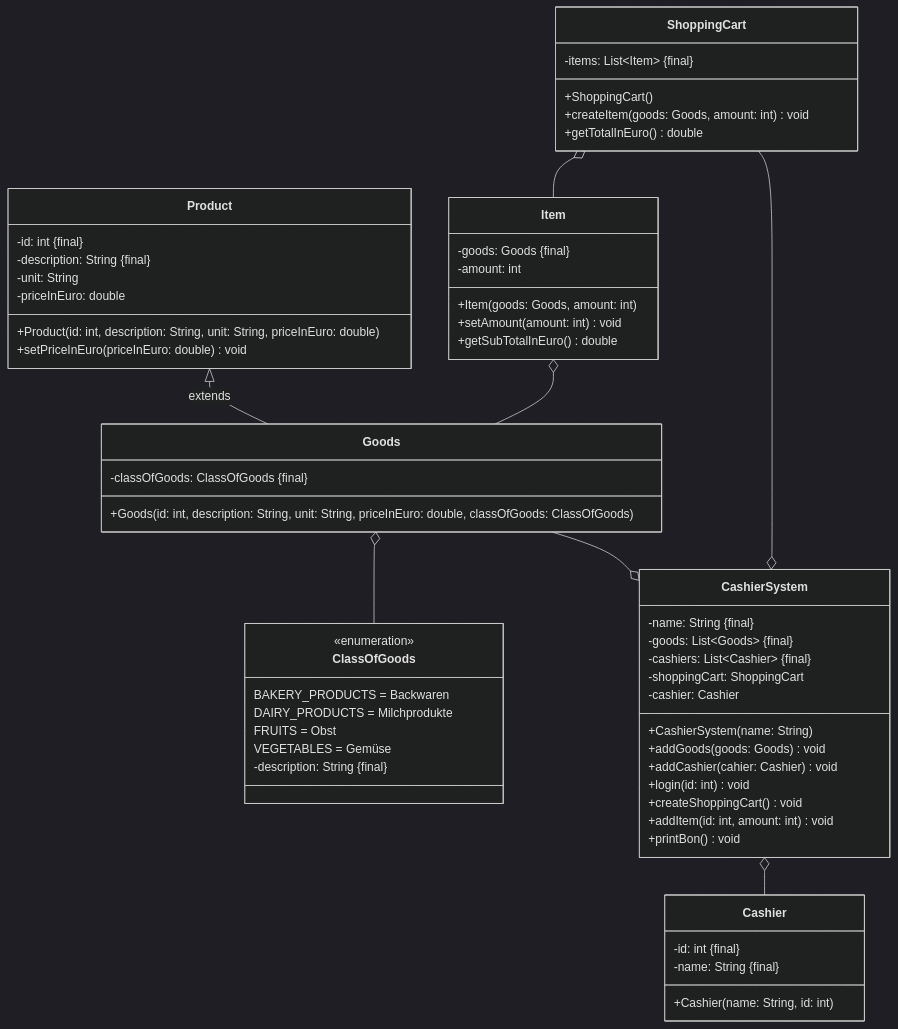
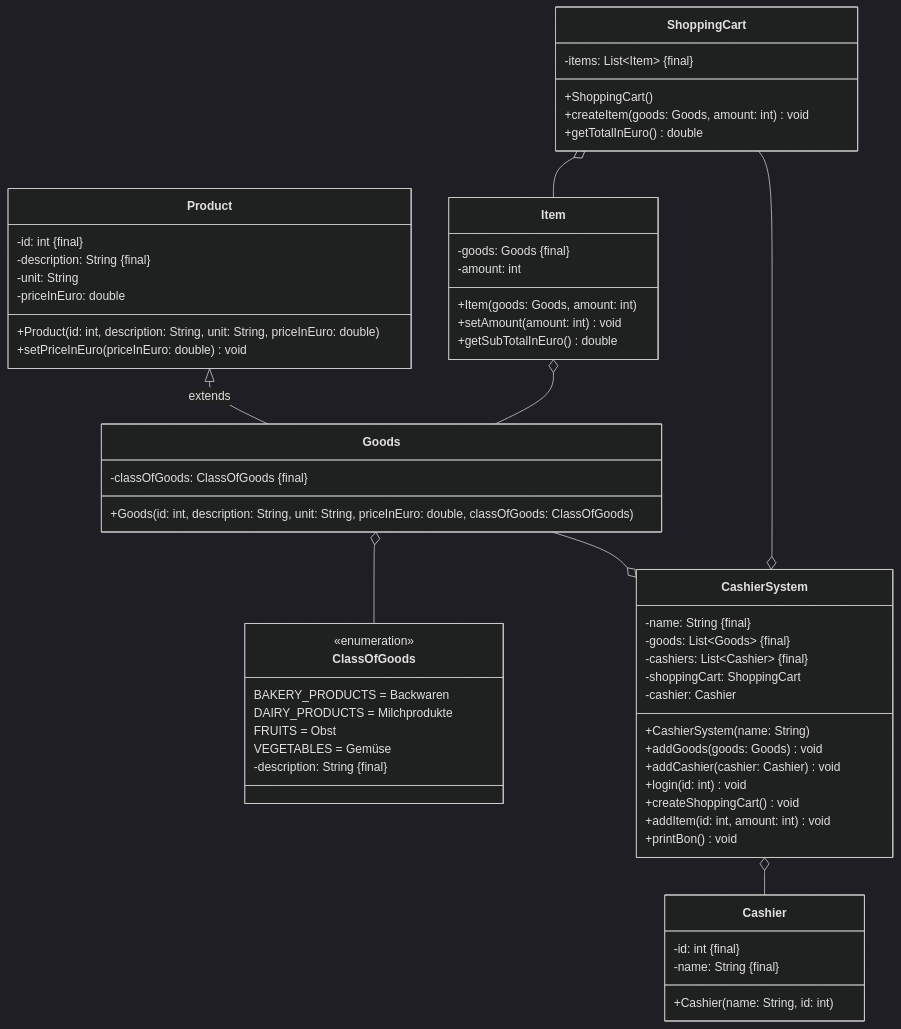
Before and after one commit to jappuccini/java-docs: the diagram in docs/exam-exercises/exam-exercises-java1/class-diagrams/cashier-system.md, drawn with Mermaid (dark theme). The commit also changed 23 other files, not shown here.

````diff
--- a/docs/exam-exercises/exam-exercises-java1/class-diagrams/cashier-system.md
+++ b/docs/exam-exercises/exam-exercises-java1/class-diagrams/cashier-system.md
@@ -12,69 +12,69 @@
 ```mermaid
 classDiagram
     Product <|-- Goods : extends
     Item o-- Goods
     ShoppingCart o-- Item
     Goods o-- ClassOfGoods
     Goods --o CashierSystem
     CashierSystem o-- Cashier
     ShoppingCart --o CashierSystem
 
     class Product {
         -id: int #123;final#125;
         -description: String #123;final#125;
         -unit: String
         -priceInEuro: double
         +Product(id: int, description: String, unit: String, priceInEuro: double)
         +setPriceInEuro(priceInEuro: double) void
     }
 
     class Goods {
         -classOfGoods: ClassOfGoods #123;final#125;
         +Goods(id: int, description: String, unit: String, priceInEuro: double, classOfGoods: ClassOfGoods)
     }
 
     class Item {
         -goods: Goods #123;final#125;
         -amount: int
         +Item(goods: Goods, amount: int)
         +setAmount(amount: int) void
         +getSubTotalInEuro() double
     }
 
     class ShoppingCart {
         -items: List~Item~ #123;final#125;
         +ShoppingCart()
         +createItem(goods: Goods, amount: int) void
         +getTotalInEuro() double
     }
 
     class ClassOfGoods {
         <<enumeration>>
         BAKERY_PRODUCTS = Backwaren
         DAIRY_PRODUCTS = Milchprodukte
         FRUITS = Obst
         VEGETABLES = Gemüse
         -description: String #123;final#125;
     }
 
     class CashierSystem {
         -name: String #123;final#125;
         -goods: List~Goods~ #123;final#125;
         -cashiers: List~Cashier~ #123;final#125;
         -shoppingCart: ShoppingCart
         -cashier: Cashier
         +CashierSystem(name: String)
         +addGoods(goods: Goods) void
-        +addCashier(cahier: Cashier) void
+        +addCashier(cashier: Cashier) void
         +login(id: int) void
         +createShoppingCart() void
         +addItem(id: int, amount: int) void
         +printBon() void
     }
 
     class Cashier {
         -id: int #123;final#125;
         -name: String #123;final#125;
         +Cashier(name: String, id: int)
     }
 ```
````
